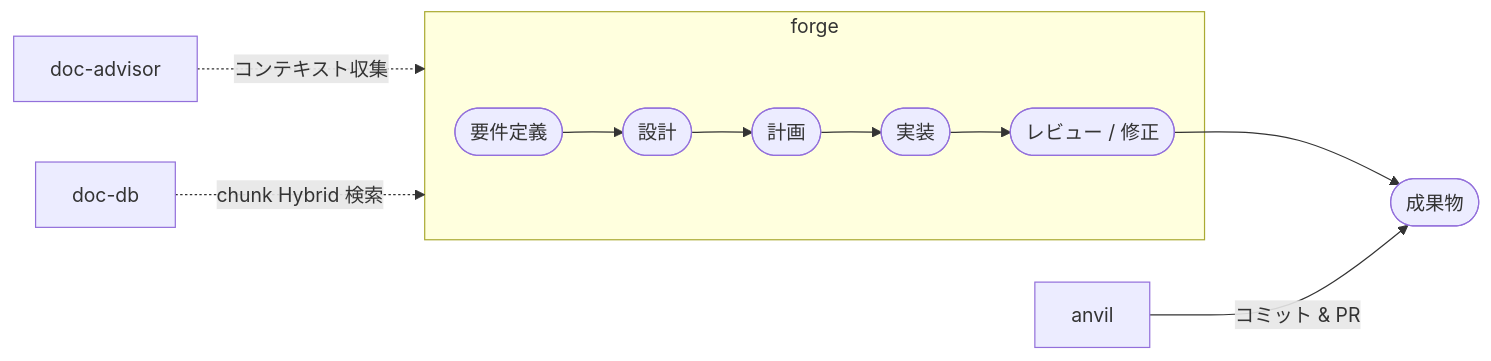
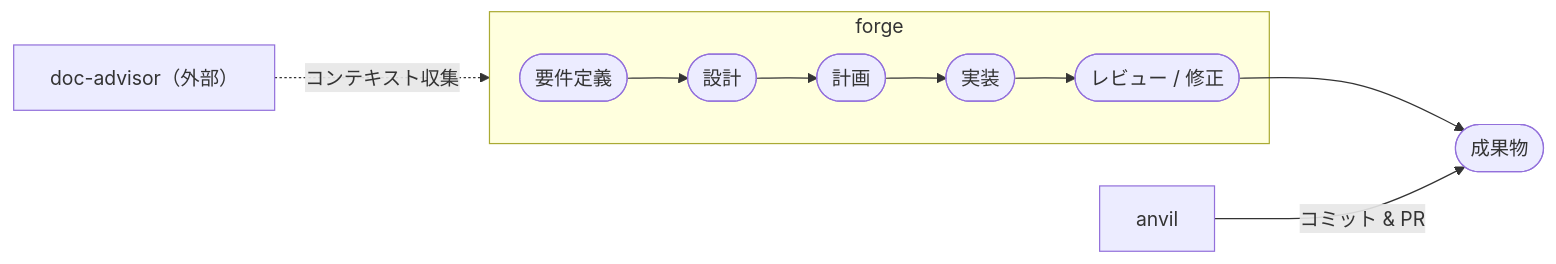
The first of 2 diagrams in README.md (BlueEventHorizon/bw-cc-plugins), drawn with Mermaid before and after one commit. The commit also changed other lines of this file and 46 other files, not shown here.

````diff
--- a/README.md
+++ b/README.md
@@ -28,10 +28,9 @@
 ```mermaid
 flowchart LR
     subgraph forge
         R(["要件定義"]) --> D(["設計"]) --> P(["計画"]) --> I(["実装"]) --> RF(["レビュー / 修正"])
     end
     RF --> DL(["成果物"])
-    DA[doc-advisor] -. "コンテキスト収集" .-> forge
-    DB[doc-db] -. "chunk Hybrid 検索" .-> forge
+    DA["doc-advisor（外部）"] -. "コンテキスト収集" .-> forge
     AV[anvil] -- "コミット & PR" --> DL
 ```
````
